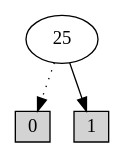
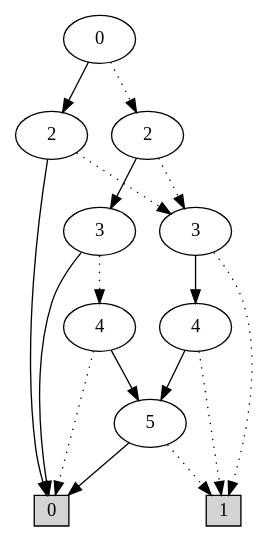
The diagram in ass6/res/circuit06/U101_opt.dot (MieskeB/2IMF25), drawn with Graphviz before and after one commit. The commit also changed 830 other files, not shown here.

```diff
--- a/ass6/res/circuit06/U101_opt.dot
+++ b/ass6/res/circuit06/U101_opt.dot
@@ -1,7 +1,28 @@
 digraph G {
 0 [shape=box, label="0", style=filled, shape=box, height=0.3, width=0.3];
 1 [shape=box, label="1", style=filled, shape=box, height=0.3, width=0.3];
-52 [label="25"];
-52 -> 0 [style=dotted];
-52 -> 1 [style=filled];
+300 [label="0"];
+300 -> 298 [style=dotted];
+300 -> 299 [style=filled];
+298 [label="2"];
+298 -> 297 [style=dotted];
+298 -> 224 [style=filled];
+297 [label="3"];
+297 -> 1 [style=dotted];
+297 -> 247 [style=filled];
+247 [label="4"];
+247 -> 1 [style=dotted];
+247 -> 13 [style=filled];
+13 [label="5"];
+13 -> 1 [style=dotted];
+13 -> 0 [style=filled];
+224 [label="3"];
+224 -> 223 [style=dotted];
+224 -> 0 [style=filled];
+223 [label="4"];
+223 -> 0 [style=dotted];
+223 -> 13 [style=filled];
+299 [label="2"];
+299 -> 297 [style=dotted];
+299 -> 0 [style=filled];
 }
```
